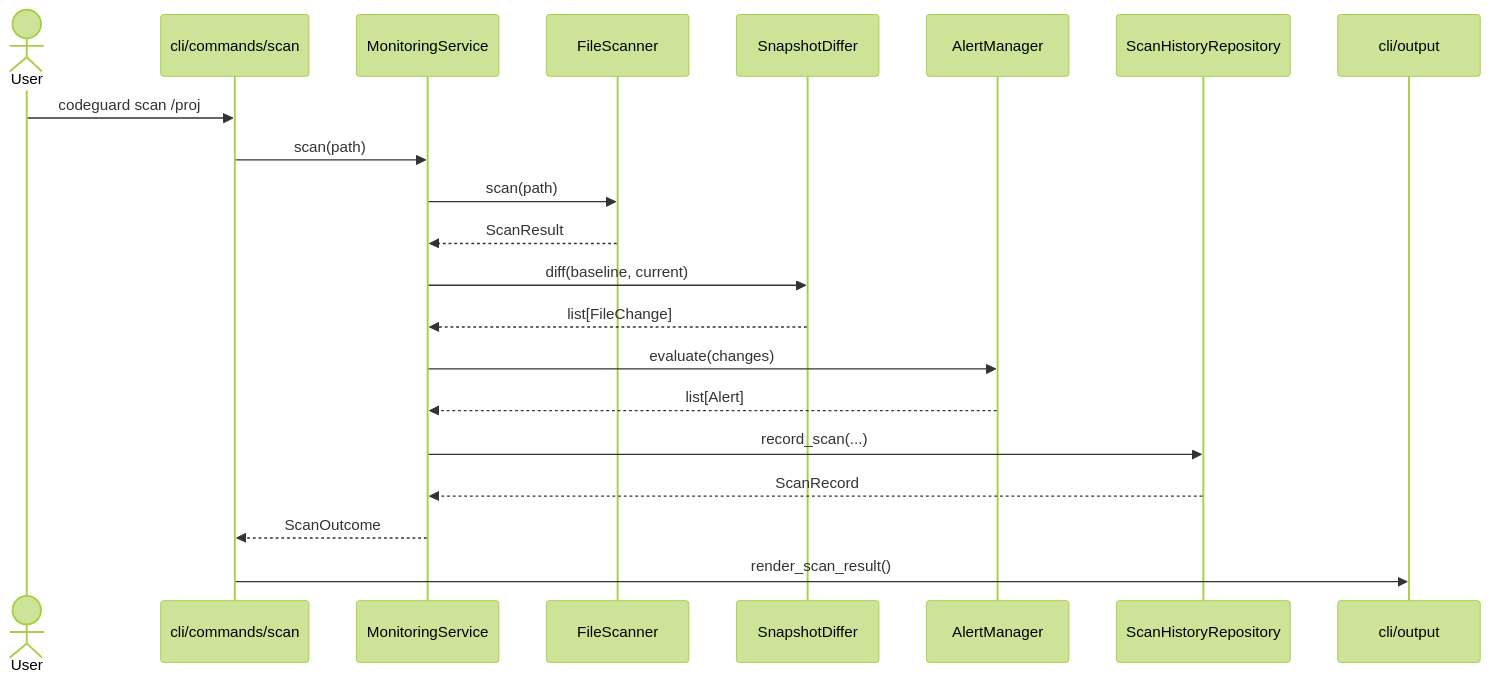
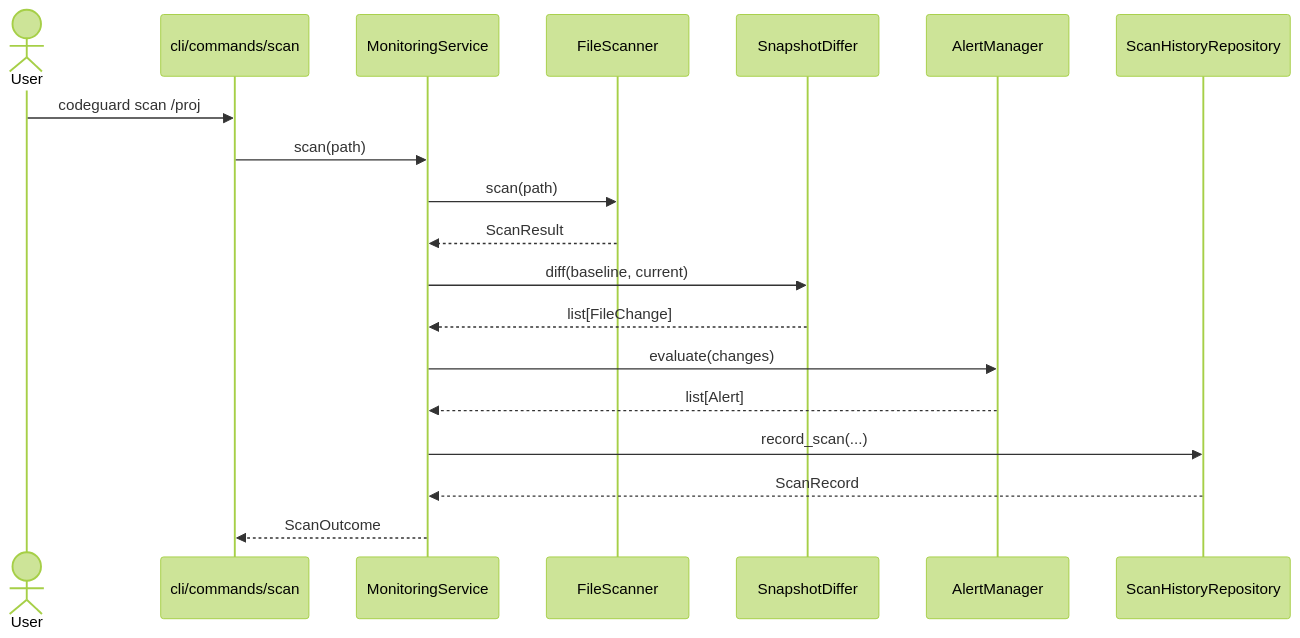
The third of 3 diagrams in docs/architecture.md (Gab-Mello/codeGuard), drawn with Mermaid (forest theme) before and after one commit. The commit also changed other lines of this file and 1 other file, not shown here.

Commit message:
docs: simplify architecture overview

````diff
--- a/docs/architecture.md
+++ b/docs/architecture.md
@@ -272,24 +111,22 @@
 ```mermaid
 sequenceDiagram
     actor User
     participant CLI as cli/commands/scan
     participant Svc as MonitoringService
     participant Scn as FileScanner
     participant Diff as SnapshotDiffer
     participant AM as AlertManager
     participant Hr as ScanHistoryRepository
-    participant Out as cli/output
 
     User->>CLI: codeguard scan /proj
     CLI->>Svc: scan(path)
     Svc->>Scn: scan(path)
     Scn-->>Svc: ScanResult
     Svc->>Diff: diff(baseline, current)
     Diff-->>Svc: list[FileChange]
     Svc->>AM: evaluate(changes)
     AM-->>Svc: list[Alert]
     Svc->>Hr: record_scan(...)
     Hr-->>Svc: ScanRecord
     Svc-->>CLI: ScanOutcome
-    CLI->>Out: render_scan_result()
 ```
````
